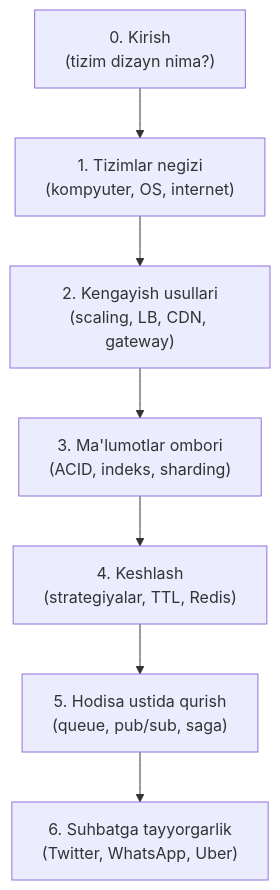
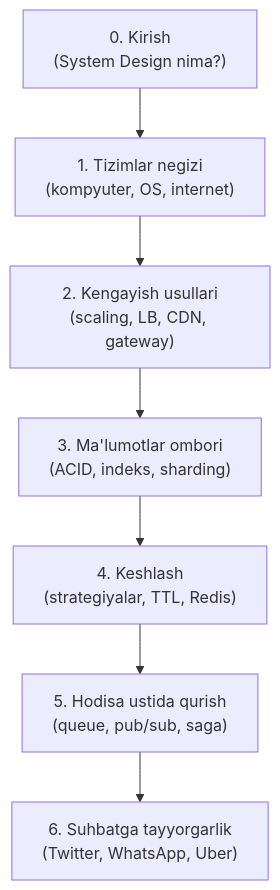
One commit to Otajonoov/dev changed the first of 2 diagrams in System Design/README.md. Above: the diagram before and after it, drawn with Mermaid. The commit also changed other lines of this file and 36 other files, not shown here.

````diff
--- a/System Design/README.md
+++ b/System Design/README.md
@@ -9,9 +9,9 @@
 ```mermaid
 flowchart TD
-    Z["0. Kirish<br/>(tizim dizayn nima?)"] --> A["1. Tizimlar negizi<br/>(kompyuter, OS, internet)"]
+    Z["0. Kirish<br/>(System Design nima?)"] --> A["1. Tizimlar negizi<br/>(kompyuter, OS, internet)"]
     A --> B["2. Kengayish usullari<br/>(scaling, LB, CDN, gateway)"]
     B --> C["3. Ma'lumotlar ombori<br/>(ACID, indeks, sharding)"]
     C --> D["4. Keshlash<br/>(strategiyalar, TTL, Redis)"]
     D --> E["5. Hodisa ustida qurish<br/>(queue, pub/sub, saga)"]
     E --> F["6. Suhbatga tayyorgarlik<br/>(Twitter, WhatsApp, Uber)"]
 ```
````
